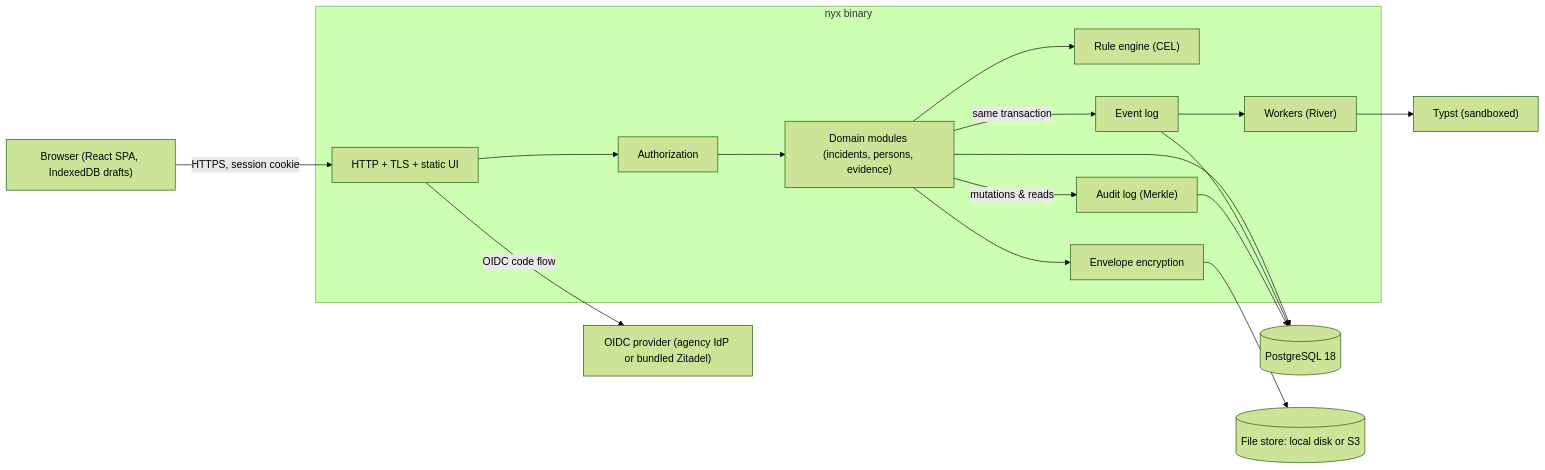
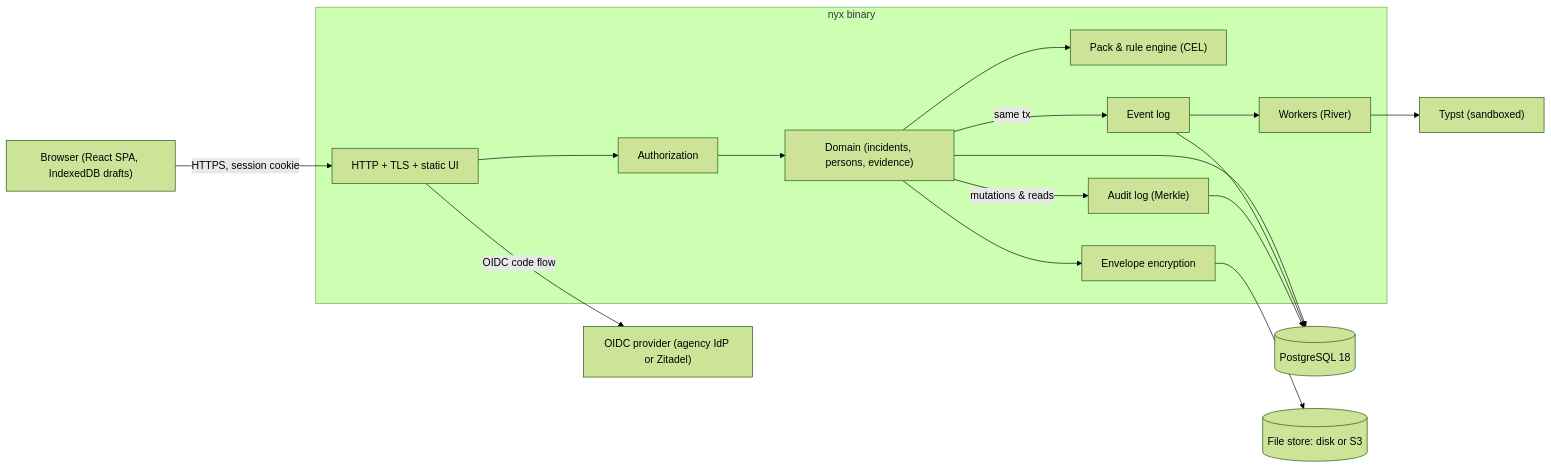
One commit to NyxOps/nyxops changed the diagram in nyx-project-specs/NyxOps_Architecture.md. Above: the diagram before and after it, drawn with Mermaid (forest theme). The commit also changed other lines of this file and 4 other files, not shown here.

````diff
--- a/nyx-project-specs/NyxOps_Architecture.md
+++ b/nyx-project-specs/NyxOps_Architecture.md
@@ -95,31 +75,31 @@
 ```mermaid
 flowchart LR
     browser["Browser (React SPA, IndexedDB drafts)"]
-    idp["OIDC provider (agency IdP or bundled Zitadel)"]
+    idp["OIDC provider (agency IdP or Zitadel)"]
     subgraph nyx["nyx binary"]
         http["HTTP + TLS + static UI"]
         authz["Authorization"]
-        domain["Domain modules (incidents, persons, evidence)"]
-        rules["Rule engine (CEL)"]
+        domain["Domain (incidents, persons, evidence)"]
+        rules["Pack & rule engine (CEL)"]
         events["Event log"]
         workers["Workers (River)"]
         audit["Audit log (Merkle)"]
         crypto["Envelope encryption"]
     end
     pg[("PostgreSQL 18")]
-    files[("File store: local disk or S3")]
+    files[("File store: disk or S3")]
     typst["Typst (sandboxed)"]
 
     browser -- "HTTPS, session cookie" --> http
     http -- "OIDC code flow" --> idp
     http --> authz --> domain
     domain --> rules
-    domain -- "same transaction" --> events
+    domain -- "same tx" --> events
     domain -- "mutations & reads" --> audit
     domain --> crypto --> files
     events --> workers
     workers --> typst
     domain --> pg
     events --> pg
     audit --> pg
 ```
````
